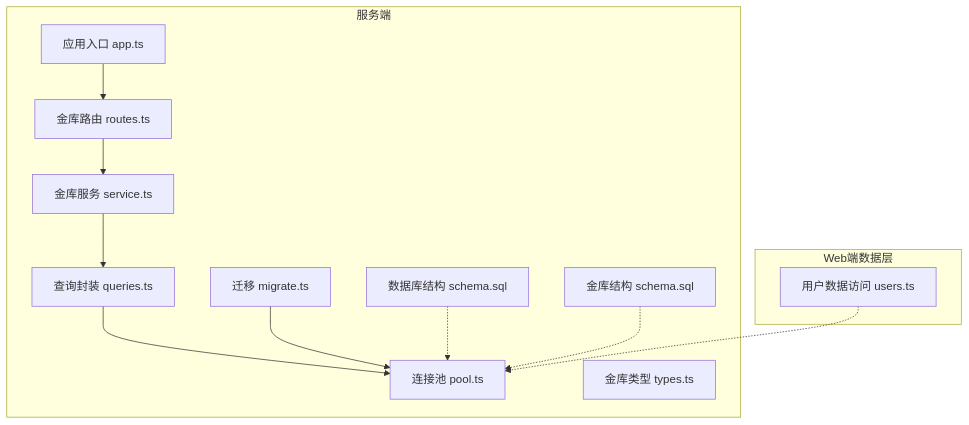
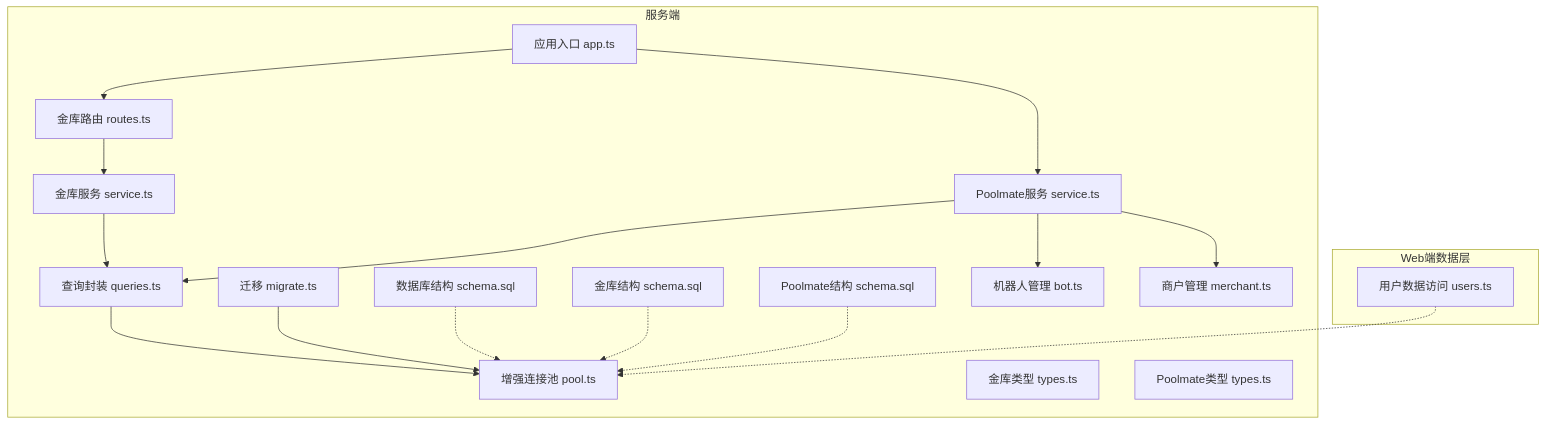
One commit to Maki3991/study-PactLedger changed the first of 10 diagrams in .qoder/repowiki/zh/content/数据流与状态管理/数据持久化层.md. Above: the diagram before and after it, drawn with Mermaid. The commit also changed other lines of this file and 8 other files, not shown here.

````diff
--- a/.qoder/repowiki/zh/content/数据流与状态管理/数据持久化层.md
+++ b/.qoder/repowiki/zh/content/数据流与状态管理/数据持久化层.md
@@ -49,25 +57,35 @@
 ```mermaid
 graph TB
 subgraph "服务端"
 APP["应用入口 app.ts"]
-DB_POOL["连接池 pool.ts"]
+DB_POOL["增强连接池 pool.ts"]
 QUERIES["查询封装 queries.ts"]
 MIGRATE["迁移 migrate.ts"]
 SCHEMA_DB["数据库结构 schema.sql"]
 TREASURY_SVC["金库服务 service.ts"]
 TREASURY_TYPES["金库类型 types.ts"]
 TREASURY_ROUTES["金库路由 routes.ts"]
 TREASURY_SCHEMA["金库结构 schema.sql"]
+POOLMATE_SVC["Poolmate服务 service.ts"]
+POOLMATE_TYPES["Poolmate类型 types.ts"]
+POOLMATE_SCHEMA["Poolmate结构 schema.sql"]
+POOLMATE_BOT["机器人管理 bot.ts"]
+POOLMATE_MERCHANT["商户管理 merchant.ts"]
 end
 subgraph "Web端数据层"
 WEB_USERS["用户数据访问 users.ts"]
 end
 APP --> TREASURY_ROUTES
+APP --> POOLMATE_SVC
 TREASURY_ROUTES --> TREASURY_SVC
+POOLMATE_SVC --> POOLMATE_BOT
+POOLMATE_SVC --> POOLMATE_MERCHANT
 TREASURY_SVC --> QUERIES
+POOLMATE_SVC --> QUERIES
 QUERIES --> DB_POOL
 MIGRATE --> DB_POOL
 SCHEMA_DB -.-> DB_POOL
 TREASURY_SCHEMA -.-> DB_POOL
+POOLMATE_SCHEMA -.-> DB_POOL
 WEB_USERS -.-> DB_POOL
 ```
````
